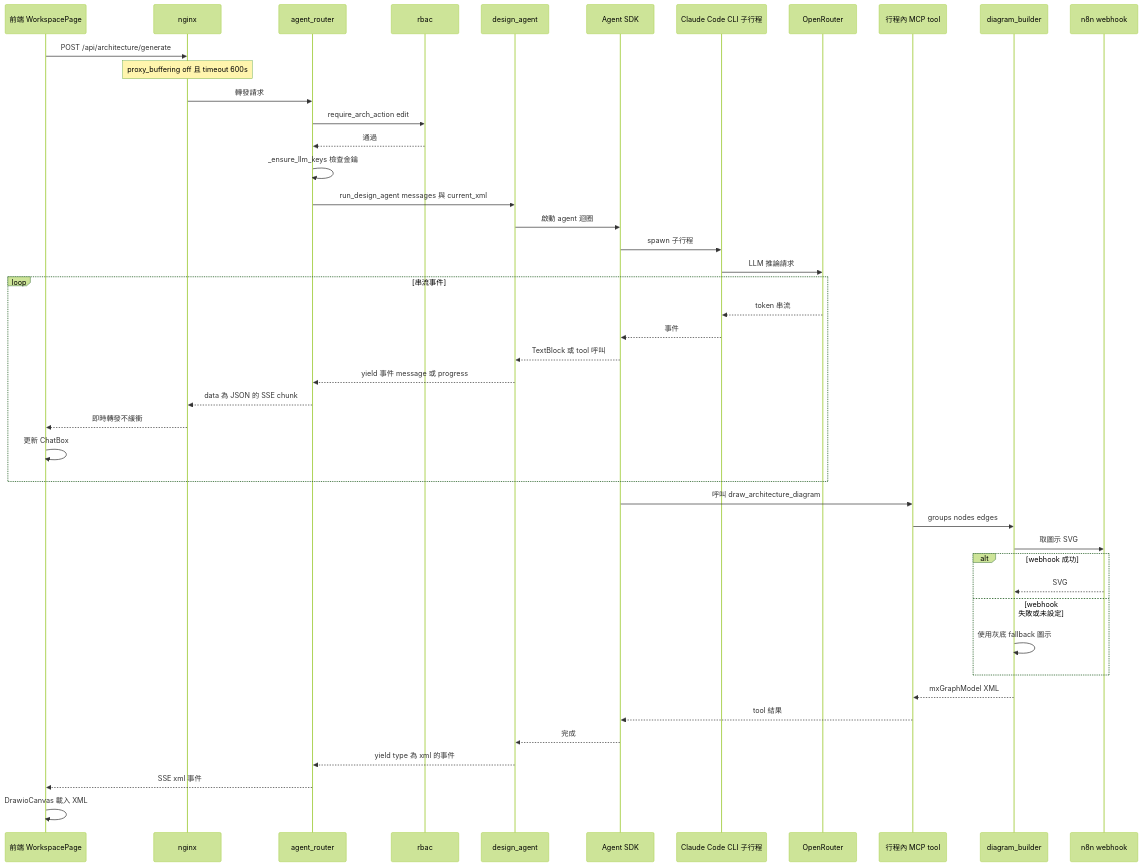
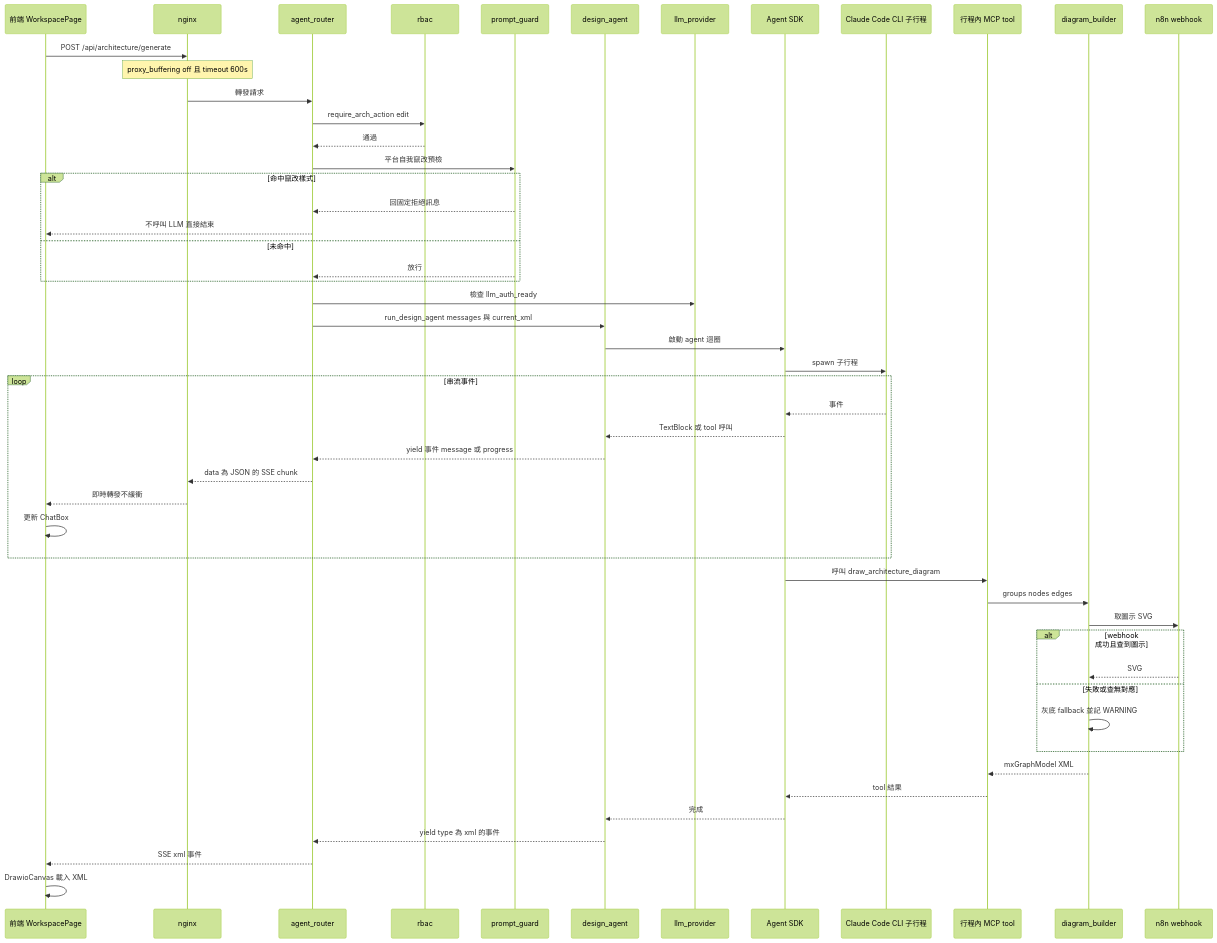
The sixth of 7 diagrams in aidlc/spaces/default/codekb/cloud-360/architecture.md (opendiamonds/awesome-firebase-use-cases), drawn with Mermaid (forest theme) before and after one commit. The commit also changed other lines of this file and 34 other files, not shown here.

````diff
--- a/aidlc/spaces/default/codekb/cloud-360/architecture.md
+++ b/aidlc/spaces/default/codekb/cloud-360/architecture.md
@@ -279,51 +456,56 @@
 ```mermaid
 sequenceDiagram
     participant FE as 前端 WorkspacePage
     participant NGX as nginx
     participant AR as agent_router
     participant RB as rbac
+    participant PG as prompt_guard
     participant DA as design_agent
+    participant LP as llm_provider
     participant SDK as Agent SDK
     participant CLI as Claude Code CLI 子行程
-    participant OR as OpenRouter
     participant MCP as 行程內 MCP tool
     participant BLD as diagram_builder
     participant N8N as n8n webhook
 
     FE->>NGX: POST /api/architecture/generate
     Note over NGX: proxy_buffering off 且 timeout 600s
     NGX->>AR: 轉發請求
     AR->>RB: require_arch_action edit
     RB-->>AR: 通過
-    AR->>AR: _ensure_llm_keys 檢查金鑰
+    AR->>PG: 平台自我竄改預檢
+    alt 命中竄改樣式
+        PG-->>AR: 回固定拒絕訊息
+        AR-->>FE: 不呼叫 LLM 直接結束
+    else 未命中
+        PG-->>AR: 放行
+    end
+    AR->>LP: 檢查 llm_auth_ready
     AR->>DA: run_design_agent messages 與 current_xml
-
     DA->>SDK: 啟動 agent 迴圈
     SDK->>CLI: spawn 子行程
-    CLI->>OR: LLM 推論請求
 
     loop 串流事件
-        OR-->>CLI: token 串流
         CLI-->>SDK: 事件
         SDK-->>DA: TextBlock 或 tool 呼叫
         DA-->>AR: yield 事件 message 或 progress
         AR-->>NGX: data 為 JSON 的 SSE chunk
         NGX-->>FE: 即時轉發不緩衝
         FE->>FE: 更新 ChatBox
     end
 
     SDK->>MCP: 呼叫 draw_architecture_diagram
     MCP->>BLD: groups nodes edges
     BLD->>N8N: 取圖示 SVG
-    alt webhook 成功
+    alt webhook 成功且查到圖示
         N8N-->>BLD: SVG
-    else webhook 失敗或未設定
-        BLD->>BLD: 使用灰底 fallback 圖示
+    else 失敗或查無對應
+        BLD->>BLD: 灰底 fallback 並記 WARNING
     end
     BLD-->>MCP: mxGraphModel XML
     MCP-->>SDK: tool 結果
     SDK-->>DA: 完成
     DA-->>AR: yield type 為 xml 的事件
     AR-->>FE: SSE xml 事件
     FE->>FE: DrawioCanvas 載入 XML
 ```
````
